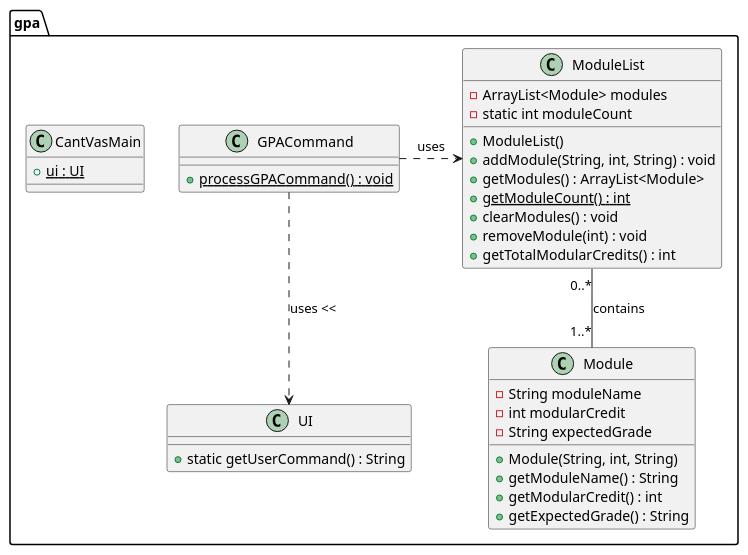
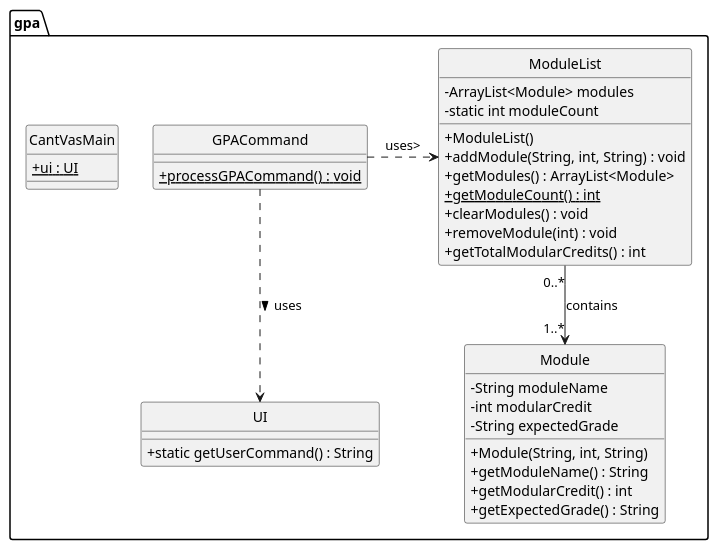
One commit to nyh3/tp changed the diagram in docs/diagrams/classdiagram/GPA.puml. Above: the diagram before and after it, drawn with PlantUML. The commit also changed 6 other files, not shown here.

Commit message:
Standardize diagrams

```diff
--- a/docs/diagrams/classdiagram/GPA.puml
+++ b/docs/diagrams/classdiagram/GPA.puml
@@ -1,45 +1,48 @@
 @startuml
+
+hide circle
+skinparam classAttributeIconSize 0
 
 package gpa {
     class GPACommand {
         + {static} processGPACommand() : void
     }
 
     class ModuleList {
         - ArrayList<Module> modules
         - static int moduleCount
 
         + ModuleList()
         + addModule(String, int, String) : void
         + getModules() : ArrayList<Module>
         + {static} getModuleCount() : int
         + clearModules() : void
         + removeModule(int) : void
         + getTotalModularCredits() : int
     }
 
     class Module {
         - String moduleName
         - int modularCredit
         - String expectedGrade
 
         + Module(String, int, String)
         + getModuleName() : String
         + getModularCredit() : int
         + getExpectedGrade() : String
     }
 
     class CantVasMain {
         + {static} ui : UI
     }
 
     class UI {
         + static getUserCommand() : String
     }
 }
 
-GPACommand .down.> UI : uses <<
-GPACommand .right.> ModuleList : uses
-ModuleList "0..*" -- "1..*" Module : contains
+GPACommand .down.> UI : uses >
+GPACommand .right.> ModuleList : uses>
+ModuleList "0..*" --> "1..*" Module : contains
 
 @enduml
```
